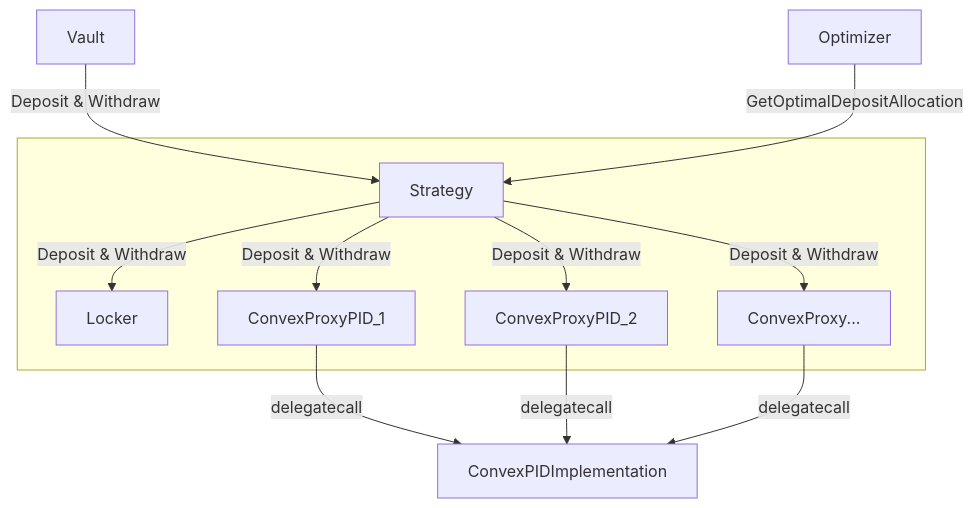
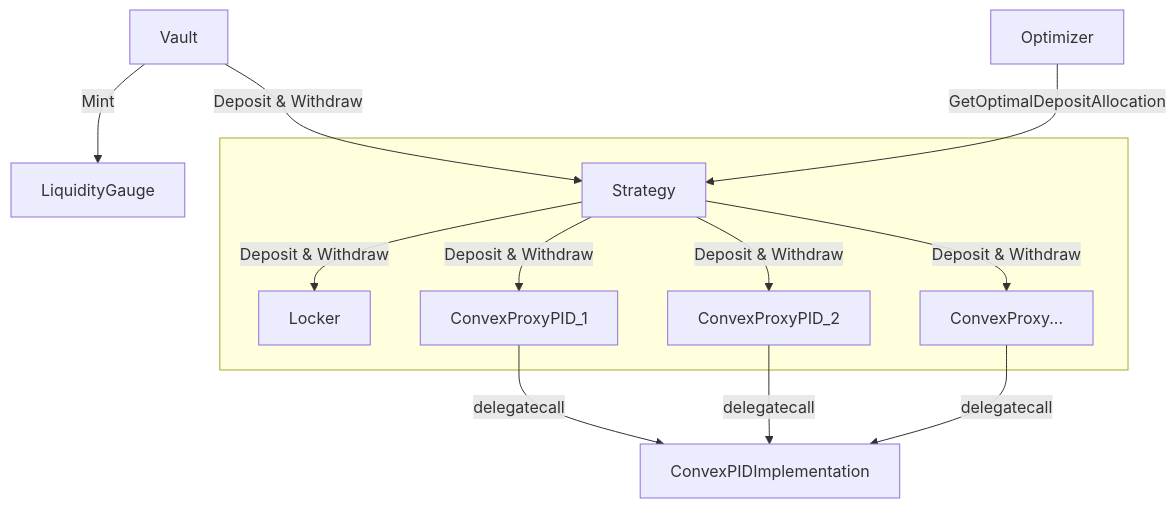
One commit to stake-dao/only-boost changed the first of 2 diagrams in README.md. Above: the diagram before and after it, drawn with Mermaid. The commit also changed other lines of this file, not shown here.

Commit message:
chore: fix deposit flow

````diff
--- a/README.md
+++ b/README.md
@@ -21,18 +21,19 @@
 ```mermaid
 
 graph TD
+    Vault -->|Mint| LiquidityGauge
     Vault -->|Deposit & Withdraw| Strategy
     Optimizer -->|GetOptimalDepositAllocation| Strategy
 
     subgraph OnlyBoost[ ]
     Strategy -->|Deposit & Withdraw| Locker
     Strategy -->|Deposit & Withdraw| ConvexProxyPID_1
     Strategy -->|Deposit & Withdraw| ConvexProxyPID_2
     Strategy -->|Deposit & Withdraw| ConvexProxy...
     end
 
 
     ConvexProxyPID_1 -->|delegatecall| ConvexPIDImplementation
     ConvexProxyPID_2 -->|delegatecall| ConvexPIDImplementation
     ConvexProxy... -->|delegatecall| ConvexPIDImplementation
 ```
````
